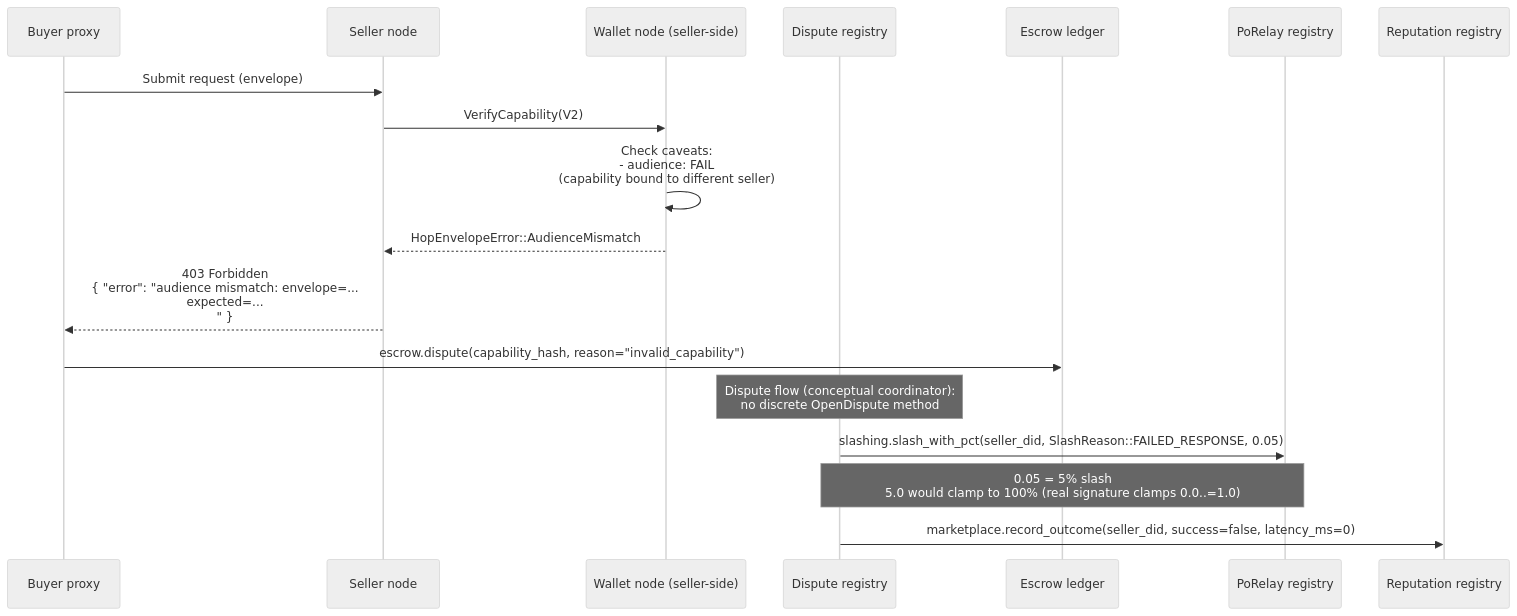
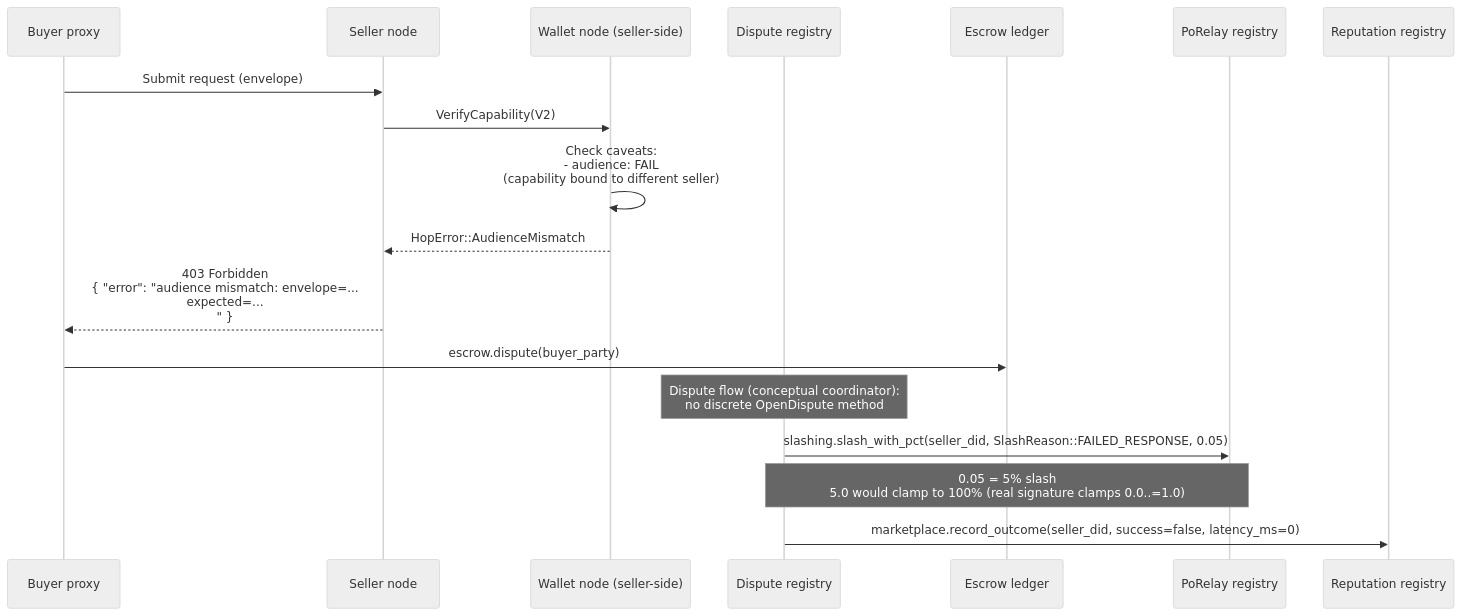
Diagram 13 of 14 in docs/architecture/end-to-end-scenarios.md (CipherOcto/cipherocto), drawn with Mermaid (neutral theme) before and after one commit. The commit also changed other lines of this file, not shown here.

````diff
--- a/docs/architecture/end-to-end-scenarios.md
+++ b/docs/architecture/end-to-end-scenarios.md
@@ -570,22 +571,22 @@
 ```mermaid
 sequenceDiagram
     participant P0 as Buyer proxy
     participant SN as Seller node
     participant W as Wallet node (seller-side)
     participant D as Dispute registry
     participant E as Escrow ledger
     participant ST as PoRelay registry
     participant RR as Reputation registry
 
     P0->>SN: Submit request (envelope)
     SN->>W: VerifyCapability(V2)
     W->>W: Check caveats:<br/>  - audience: FAIL<br/>(capability bound to different seller)
-    W-->>SN: HopEnvelopeError::AudienceMismatch
+    W-->>SN: HopError::AudienceMismatch
     SN-->>P0: 403 Forbidden<br/>{ "error": "audience mismatch: envelope=...<br/>  expected=...<br/>" }
 
-    P0->>E: escrow.dispute(capability_hash, reason="invalid_capability")
+    P0->>E: escrow.dispute(buyer_party)
     Note over D: Dispute flow (conceptual coordinator):<br/>no discrete OpenDispute method
     D->>ST: slashing.slash_with_pct(seller_did, SlashReason::FAILED_RESPONSE, 0.05)
     Note over D,ST: 0.05 = 5% slash<br/>5.0 would clamp to 100% (real signature clamps 0.0..=1.0)
     D->>RR: marketplace.record_outcome(seller_did, success=false, latency_ms=0)
 ```
````
